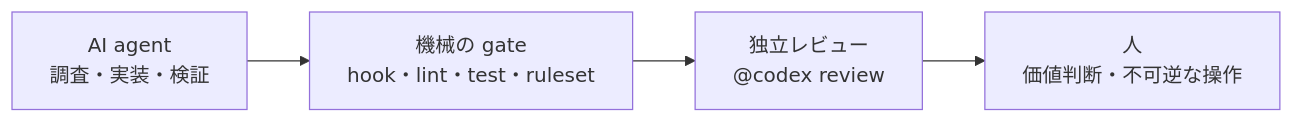
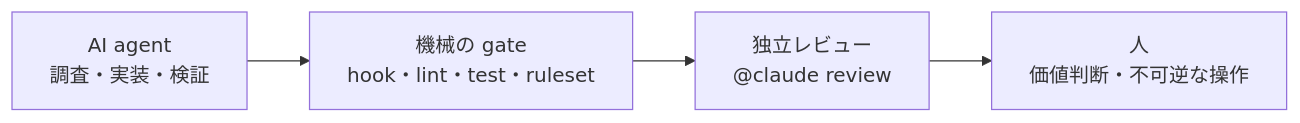
Before and after one commit to Dayopt/dayopt: the diagram in docs/learn/11-agents.md, drawn with Mermaid. The commit also changed 40 other files, not shown here.

````diff
--- a/docs/learn/11-agents.md
+++ b/docs/learn/11-agents.md
@@ -18,6 +18,6 @@
 ```mermaid
 flowchart LR
   AI["AI agent<br/>調査・実装・検証"] --> G["機械の gate<br/>hook・lint・test・ruleset"]
-  G --> R["独立レビュー<br/>@codex review"]
+  G --> R["独立レビュー<br/>@claude review"]
   R --> H["人<br/>価値判断・不可逆な操作"]
 ```
````
